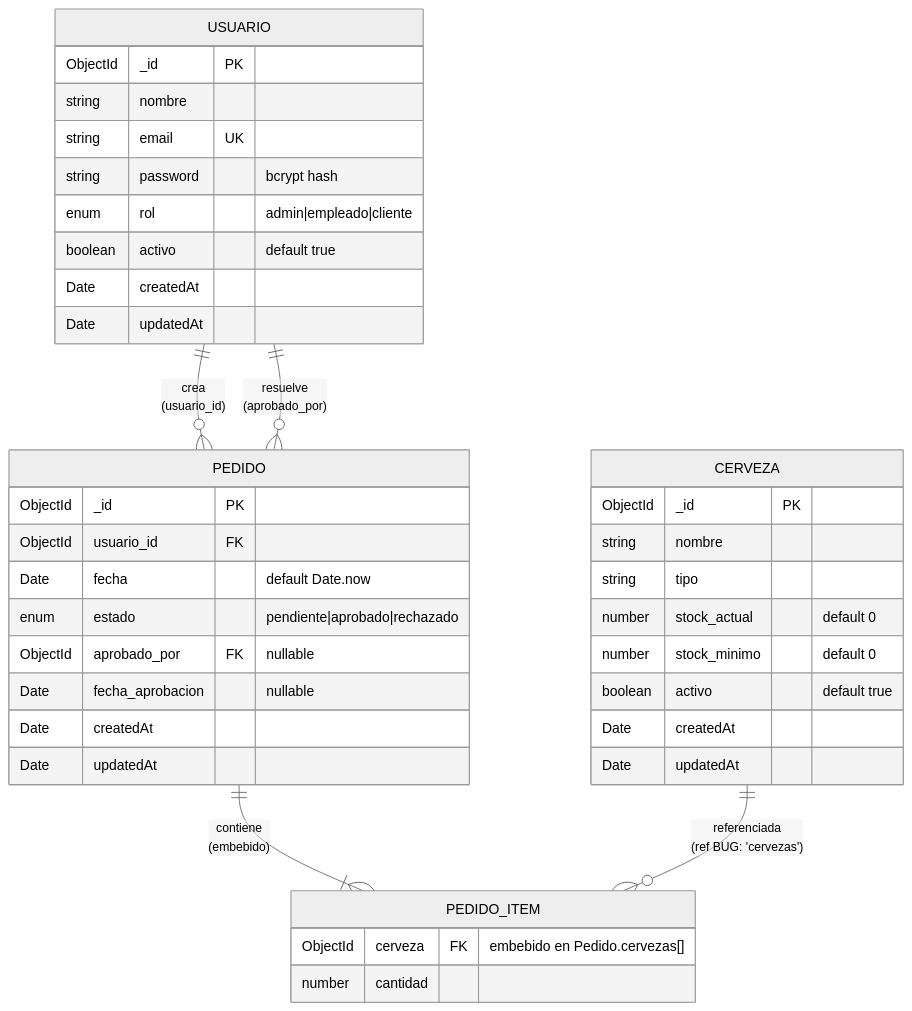
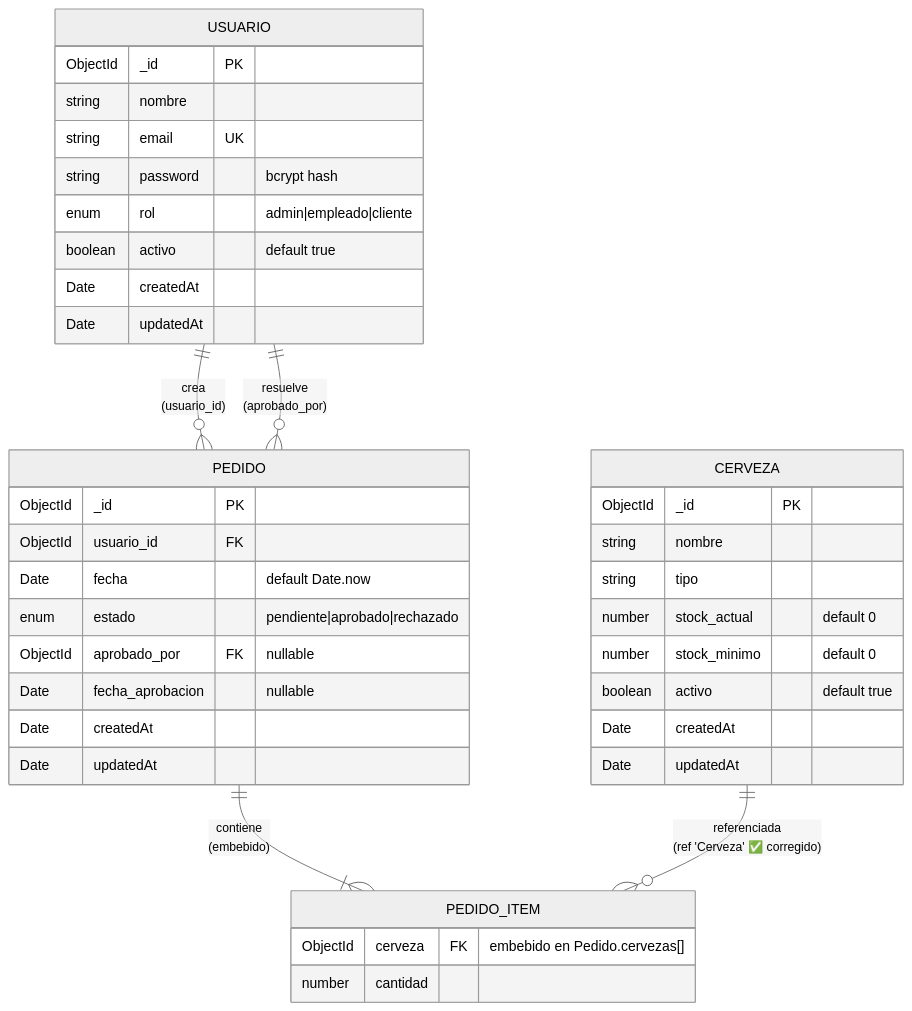
One commit to nicolasgonzalez98/tpGrupoFrontBack changed the fourth of 7 diagrams in docs/architecture/MODULE_PEDIDO_SERVICE_DIAGRAMS.md. Above: the diagram before and after it, drawn with Mermaid (neutral theme). The commit also changed other lines of this file and 7 other files, not shown here.

````diff
--- a/docs/architecture/MODULE_PEDIDO_SERVICE_DIAGRAMS.md
+++ b/docs/architecture/MODULE_PEDIDO_SERVICE_DIAGRAMS.md
@@ -189,45 +212,45 @@
 ```mermaid
 erDiagram
     USUARIO ||--o{ PEDIDO : "crea<br/>(usuario_id)"
     USUARIO ||--o{ PEDIDO : "resuelve<br/>(aprobado_por)"
     PEDIDO ||--|{ PEDIDO_ITEM : "contiene<br/>(embebido)"
-    CERVEZA ||--o{ PEDIDO_ITEM : "referenciada<br/>(ref BUG: 'cervezas')"
+    CERVEZA ||--o{ PEDIDO_ITEM : "referenciada<br/>(ref 'Cerveza' ✅ corregido)"
 
     USUARIO {
         ObjectId _id PK
         string nombre
         string email UK
         string password "bcrypt hash"
         enum rol "admin|empleado|cliente"
         boolean activo "default true"
         Date createdAt
         Date updatedAt
     }
 
     CERVEZA {
         ObjectId _id PK
         string nombre
         string tipo
         number stock_actual "default 0"
         number stock_minimo "default 0"
         boolean activo "default true"
         Date createdAt
         Date updatedAt
     }
 
     PEDIDO {
         ObjectId _id PK
         ObjectId usuario_id FK
         Date fecha "default Date.now"
         enum estado "pendiente|aprobado|rechazado"
         ObjectId aprobado_por FK "nullable"
         Date fecha_aprobacion "nullable"
         Date createdAt
         Date updatedAt
     }
 
     PEDIDO_ITEM {
         ObjectId cerveza FK "embebido en Pedido.cervezas[]"
         number cantidad
     }
 ```
````
